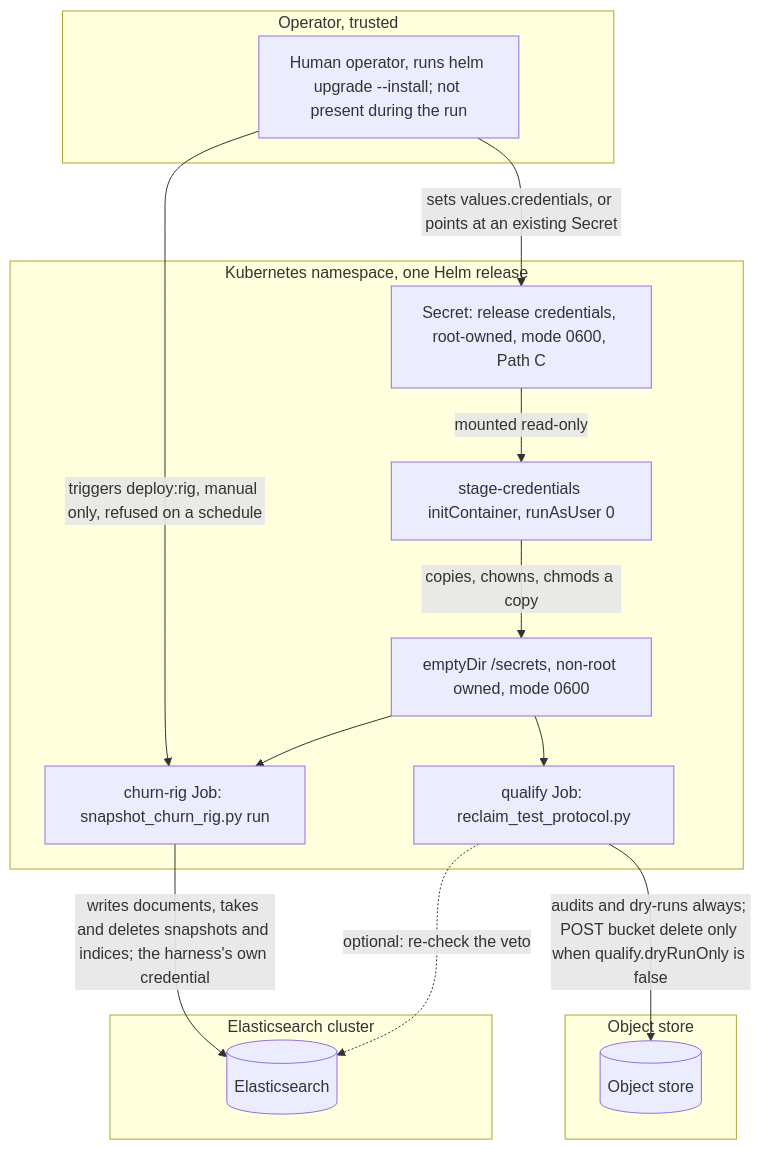
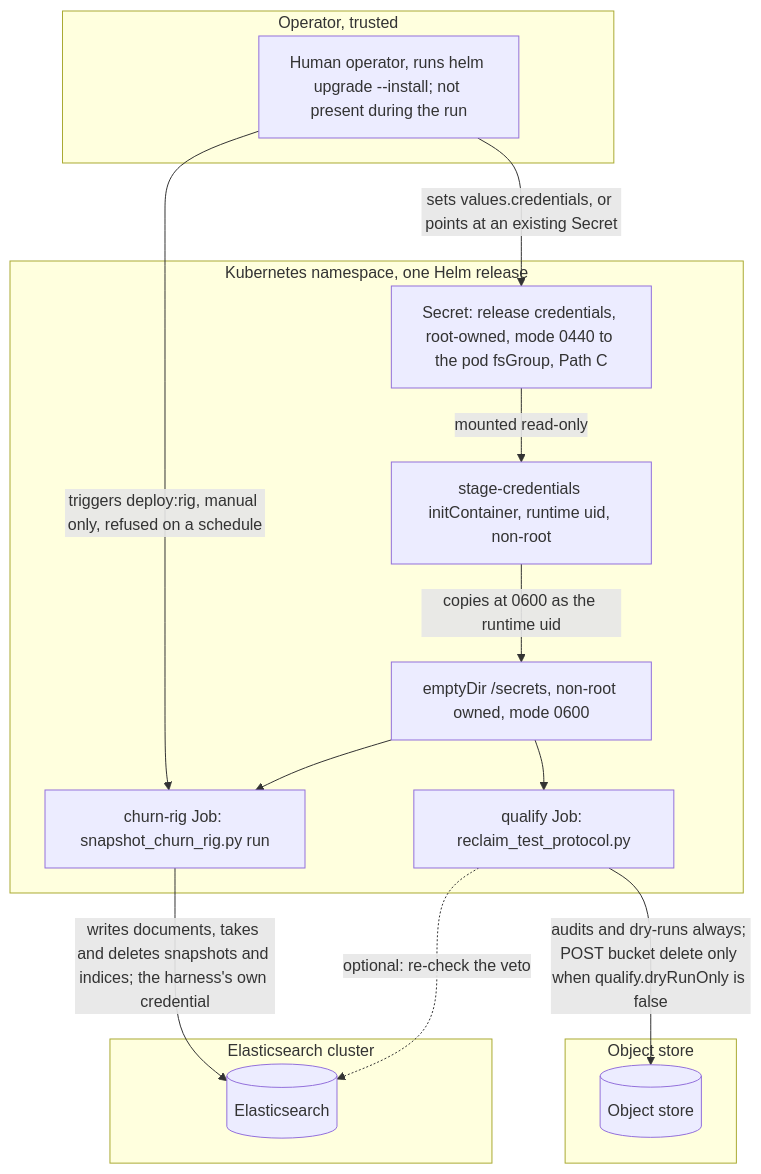
Before and after one commit to thanatostyrannos/elasticsearch-oci-s3-workaround: the fourth of 15 diagrams in docs/security/threat-model.md, drawn with Mermaid. The commit also changed other lines of this file and 4 other files, not shown here.

First line of the commit message:
Stage the rig's credentials as the pod user instead of root

````diff
--- a/docs/security/threat-model.md
+++ b/docs/security/threat-model.md
@@ -280,29 +280,29 @@
 ```mermaid
 flowchart TD
     subgraph OperatorZone3["Operator, trusted"]
         Op3["Human operator, runs helm upgrade --install; not present during the run"]
     end
     subgraph K8sZone3["Kubernetes namespace, one Helm release"]
-        K8sSecret3["Secret: release credentials, root-owned, mode 0600, Path C"]
-        StageInit3["stage-credentials initContainer, runAsUser 0"]
+        K8sSecret3["Secret: release credentials, root-owned, mode 0440 to the pod fsGroup, Path C"]
+        StageInit3["stage-credentials initContainer, runtime uid, non-root"]
         EmptyDir3["emptyDir /secrets, non-root owned, mode 0600"]
         ChurnJob3["churn-rig Job: snapshot_churn_rig.py run"]
         QualifyJob3["qualify Job: reclaim_test_protocol.py"]
     end
     subgraph StoreZone3["Object store"]
         Store3[("Object store")]
     end
     subgraph ESZone3["Elasticsearch cluster"]
         ES3[("Elasticsearch")]
     end
 
     Op3 -->|"sets values.credentials, or points at an existing Secret"| K8sSecret3
     Op3 -->|"triggers deploy:rig, manual only, refused on a schedule"| ChurnJob3
     K8sSecret3 -->|"mounted read-only"| StageInit3
-    StageInit3 -->|"copies, chowns, chmods a copy"| EmptyDir3
+    StageInit3 -->|"copies at 0600 as the runtime uid"| EmptyDir3
     EmptyDir3 --> ChurnJob3
     EmptyDir3 --> QualifyJob3
     ChurnJob3 -->|"writes documents, takes and deletes snapshots and indices; the harness's own credential"| ES3
     QualifyJob3 -->|"audits and dry-runs always; POST bucket delete only when qualify.dryRunOnly is false"| Store3
     QualifyJob3 -.->|"optional: re-check the veto"| ES3
 ```
````
